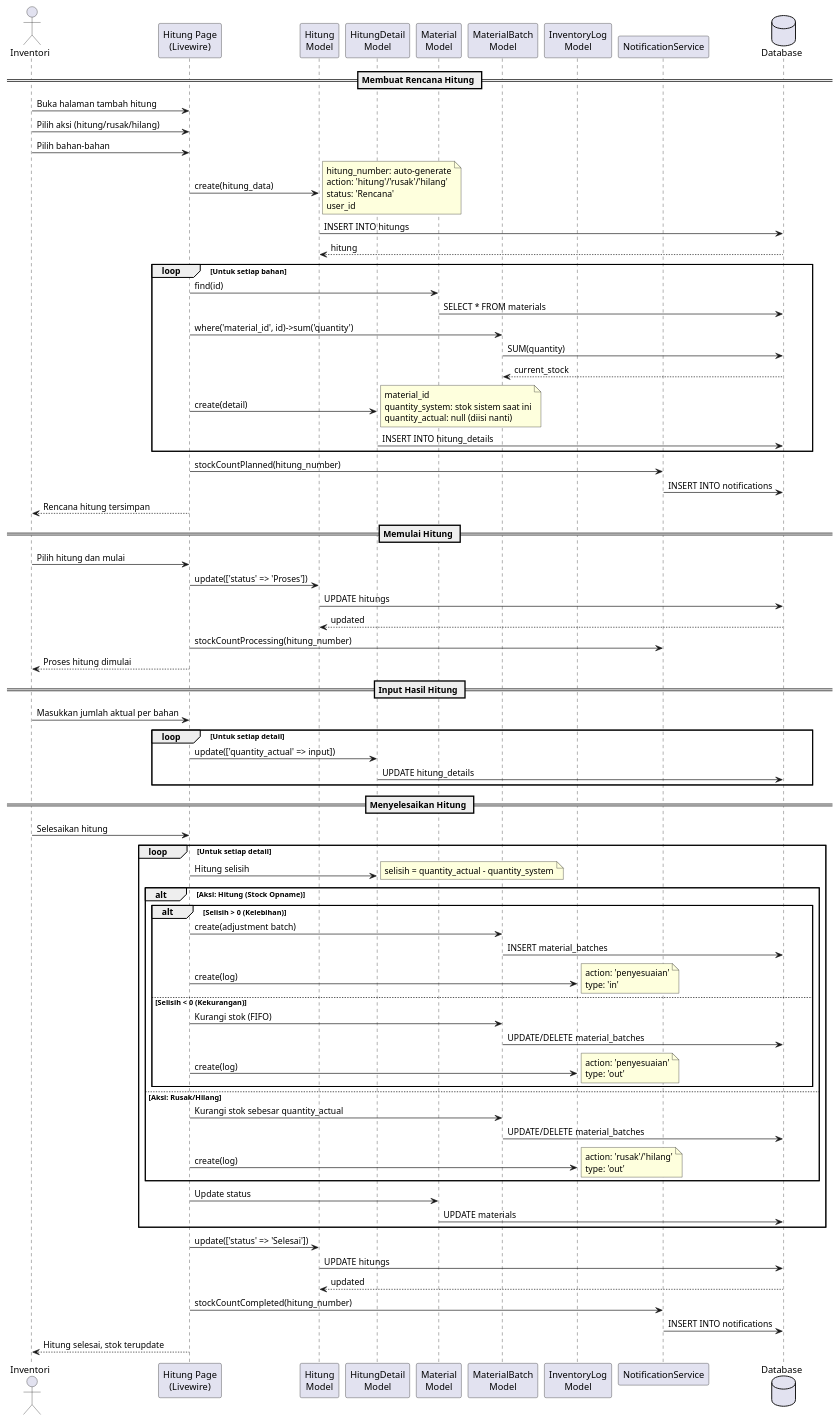
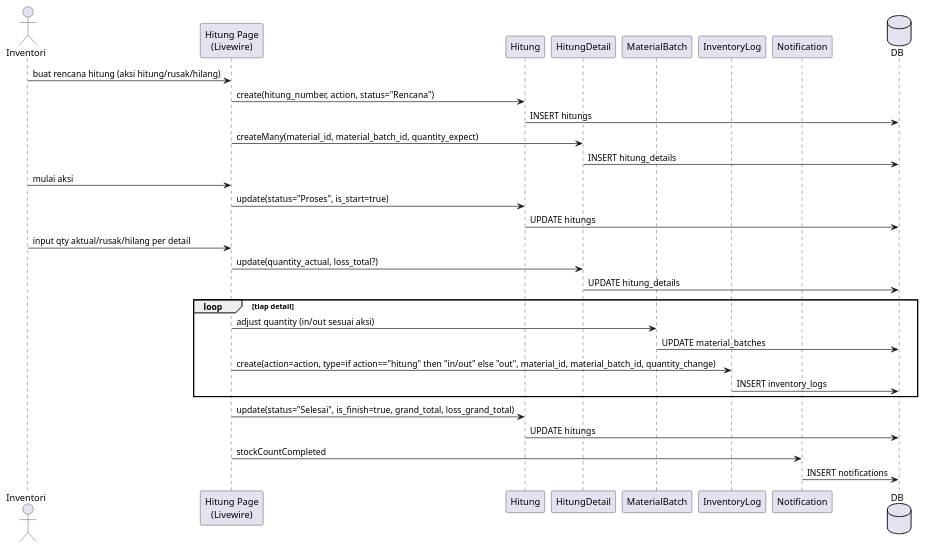
One commit to pawon3d/pawon3d changed the eighth of 9 diagrams in docs/diagrams/03_SEQUENCE_DIAGRAM.md. Above: the diagram before and after it, drawn with PlantUML. The commit also changed other lines of this file and 155 other files, not shown here.

````diff
--- a/docs/diagrams/03_SEQUENCE_DIAGRAM.md
+++ b/docs/diagrams/03_SEQUENCE_DIAGRAM.md
@@ -704,124 +406,38 @@
 ```plantuml
-@startuml Sequence Diagram - Hitung Stok
+@startuml Sequence - Hitung Stok
+actor Inventori
+participant "Hitung Page\n(Livewire)" as Count
+participant Hitung
+participant HitungDetail as Detail
+participant MaterialBatch as Batch
+participant InventoryLog as Log
+participant Notification as Notif
+database DB
 
-actor Inventori as User
-participant "Hitung Page\n(Livewire)" as HitungPage
-participant "Hitung\nModel" as Hitung
-participant "HitungDetail\nModel" as HitungDetail
-participant "Material\nModel" as Material
-participant "MaterialBatch\nModel" as Batch
-participant "InventoryLog\nModel" as Log
-participant "NotificationService" as Notif
-database Database as DB
+Inventori -> Count: buat rencana hitung (aksi hitung/rusak/hilang)
+Count -> Hitung: create(hitung_number, action, status="Rencana")
+Hitung -> DB: INSERT hitungs
+Count -> Detail: createMany(material_id, material_batch_id, quantity_expect)
+Detail -> DB: INSERT hitung_details
 
-== Membuat Rencana Hitung ==
-User -> HitungPage: Buka halaman tambah hitung
-User -> HitungPage: Pilih aksi (hitung/rusak/hilang)
-User -> HitungPage: Pilih bahan-bahan
+Inventori -> Count: mulai aksi
+Count -> Hitung: update(status="Proses", is_start=true)
+Hitung -> DB: UPDATE hitungs
 
-HitungPage -> Hitung: create(hitung_data)
-note right
-  hitung_number: auto-generate
-  action: 'hitung'/'rusak'/'hilang'
-  status: 'Rencana'
-  user_id
-end note
-Hitung -> DB: INSERT INTO hitungs
-DB --> Hitung: hitung
+Inventori -> Count: input qty aktual/rusak/hilang per detail
+Count -> Detail: update(quantity_actual, loss_total?)
+Detail -> DB: UPDATE hitung_details
 
-loop Untuk setiap bahan
-    HitungPage -> Material: find(id)
-    Material -> DB: SELECT * FROM materials
-
-    HitungPage -> Batch: where('material_id', id)->sum('quantity')
-    Batch -> DB: SUM(quantity)
-    DB --> Batch: current_stock
-
-    HitungPage -> HitungDetail: create(detail)
-    note right
-      material_id
-      quantity_system: stok sistem saat ini
-      quantity_actual: null (diisi nanti)
-    end note
-    HitungDetail -> DB: INSERT INTO hitung_details
+loop tiap detail
+    Count -> Batch: adjust quantity (in/out sesuai aksi)
+    Batch -> DB: UPDATE material_batches
+    Count -> Log: create(action=action, type=if action=="hitung" then "in/out" else "out", material_id, material_batch_id, quantity_change)
+    Log -> DB: INSERT inventory_logs
 end
 
-HitungPage -> Notif: stockCountPlanned(hitung_number)
-Notif -> DB: INSERT INTO notifications
-
-HitungPage --> User: Rencana hitung tersimpan
-
-== Memulai Hitung ==
-User -> HitungPage: Pilih hitung dan mulai
-HitungPage -> Hitung: update(['status' => 'Proses'])
+Count -> Hitung: update(status="Selesai", is_finish=true, grand_total, loss_grand_total)
 Hitung -> DB: UPDATE hitungs
-DB --> Hitung: updated
-
-HitungPage -> Notif: stockCountProcessing(hitung_number)
-
-HitungPage --> User: Proses hitung dimulai
-
-== Input Hasil Hitung ==
-User -> HitungPage: Masukkan jumlah aktual per bahan
-
-loop Untuk setiap detail
-    HitungPage -> HitungDetail: update(['quantity_actual' => input])
-    HitungDetail -> DB: UPDATE hitung_details
-end
-
-== Menyelesaikan Hitung ==
-User -> HitungPage: Selesaikan hitung
-
-loop Untuk setiap detail
-    HitungPage -> HitungDetail: Hitung selisih
-    note right
-      selisih = quantity_actual - quantity_system
-    end note
-
-    alt Aksi: Hitung (Stock Opname)
-        alt Selisih > 0 (Kelebihan)
-            HitungPage -> Batch: create(adjustment batch)
-            Batch -> DB: INSERT material_batches
-
-            HitungPage -> Log: create(log)
-            note right
-              action: 'penyesuaian'
-              type: 'in'
-            end note
-        else Selisih < 0 (Kekurangan)
-            HitungPage -> Batch: Kurangi stok (FIFO)
-            Batch -> DB: UPDATE/DELETE material_batches
-
-            HitungPage -> Log: create(log)
-            note right
-              action: 'penyesuaian'
-              type: 'out'
-            end note
-        end
-
-    else Aksi: Rusak/Hilang
-        HitungPage -> Batch: Kurangi stok sebesar quantity_actual
-        Batch -> DB: UPDATE/DELETE material_batches
-
-        HitungPage -> Log: create(log)
-        note right
-          action: 'rusak'/'hilang'
-          type: 'out'
-        end note
-    end
-
-    HitungPage -> Material: Update status
-    Material -> DB: UPDATE materials
-end
-
-HitungPage -> Hitung: update(['status' => 'Selesai'])
-Hitung -> DB: UPDATE hitungs
-DB --> Hitung: updated
-
-HitungPage -> Notif: stockCountCompleted(hitung_number)
-Notif -> DB: INSERT INTO notifications
-
-HitungPage --> User: Hitung selesai, stok terupdate
-
+Count -> Notif: stockCountCompleted
+Notif -> DB: INSERT notifications
 @enduml
 ```
````
